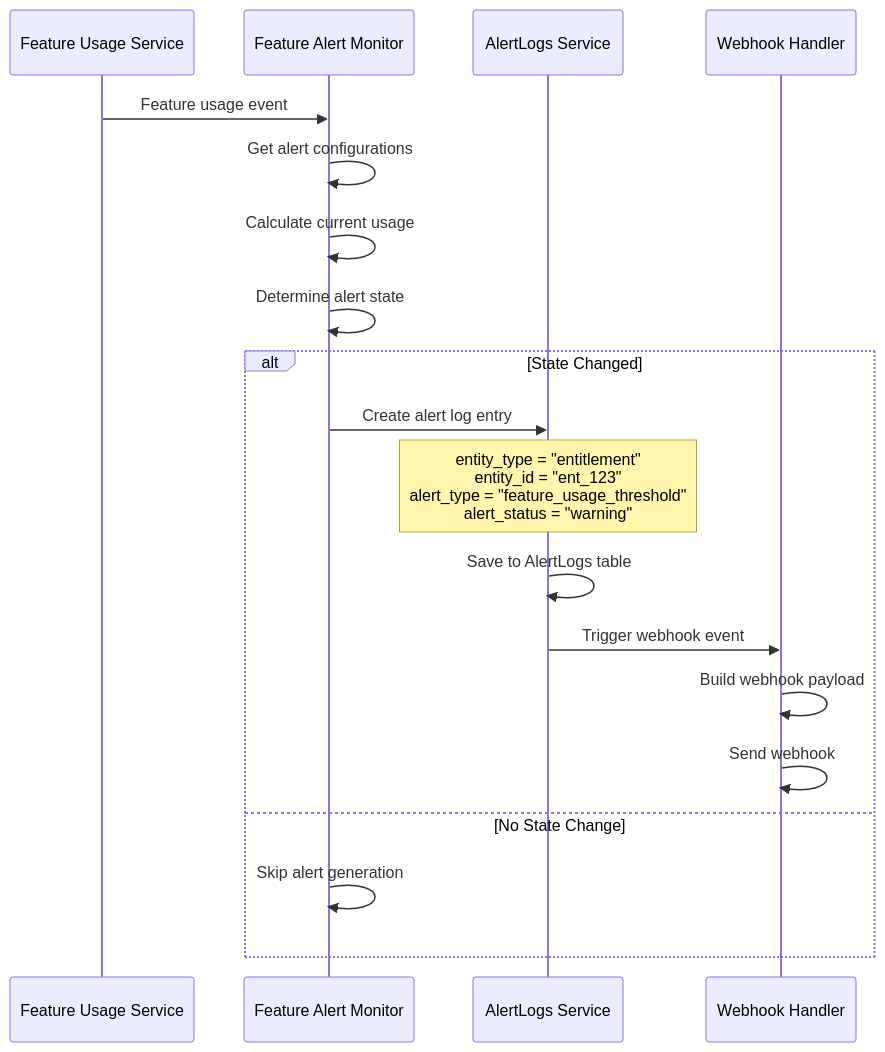
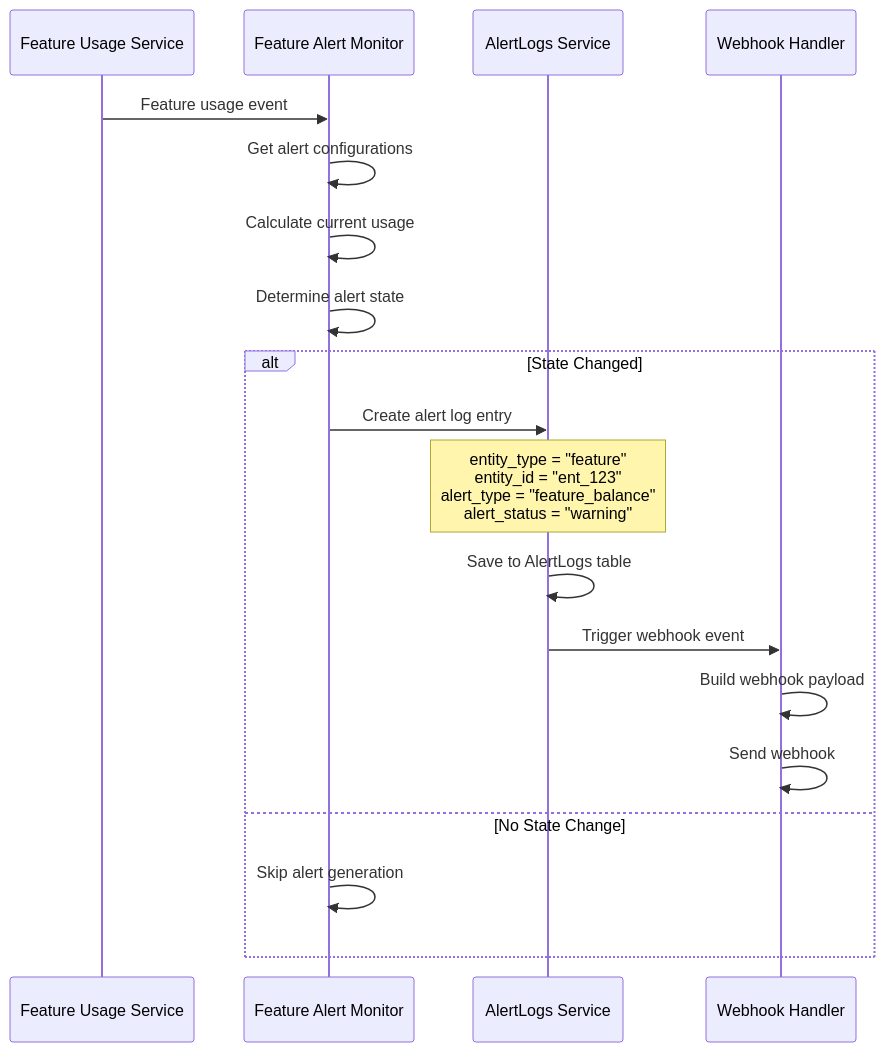
The fourth of 9 diagrams in docs/prds/sentinel_alert_engine.md (vidinfra/flexprice), drawn with Mermaid before and after one commit. The commit also changed other lines of this file and 2 other files, not shown here.

````diff
--- a/docs/prds/sentinel_alert_engine.md
+++ b/docs/prds/sentinel_alert_engine.md
@@ -456,23 +456,23 @@
 ```mermaid
 sequenceDiagram
     participant FU as Feature Usage Service
     participant FAM as Feature Alert Monitor
     participant AL as AlertLogs Service
     participant WH as Webhook Handler
     
     FU->>FAM: Feature usage event
     FAM->>FAM: Get alert configurations
     FAM->>FAM: Calculate current usage
     FAM->>FAM: Determine alert state
     
     alt State Changed
         FAM->>AL: Create alert log entry
-        Note over AL: entity_type = "entitlement"<br/>entity_id = "ent_123"<br/>alert_type = "feature_usage_threshold"<br/>alert_status = "warning"
+        Note over AL: entity_type = "feature"<br/>entity_id = "ent_123"<br/>alert_type = "feature_balance"<br/>alert_status = "warning"
         AL->>AL: Save to AlertLogs table
         AL->>WH: Trigger webhook event
         WH->>WH: Build webhook payload
         WH->>WH: Send webhook
     else No State Change
         FAM->>FAM: Skip alert generation
     end
 ```
````
